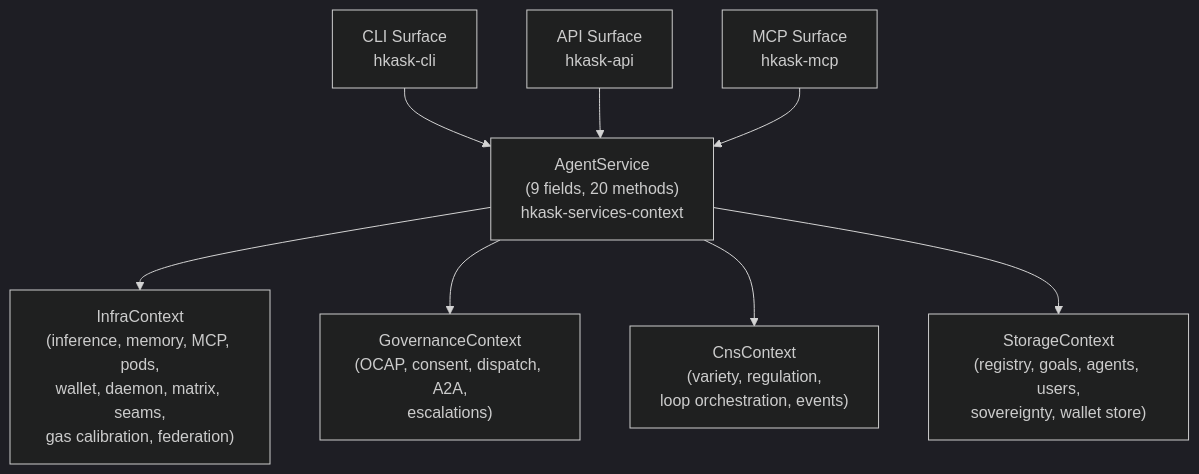
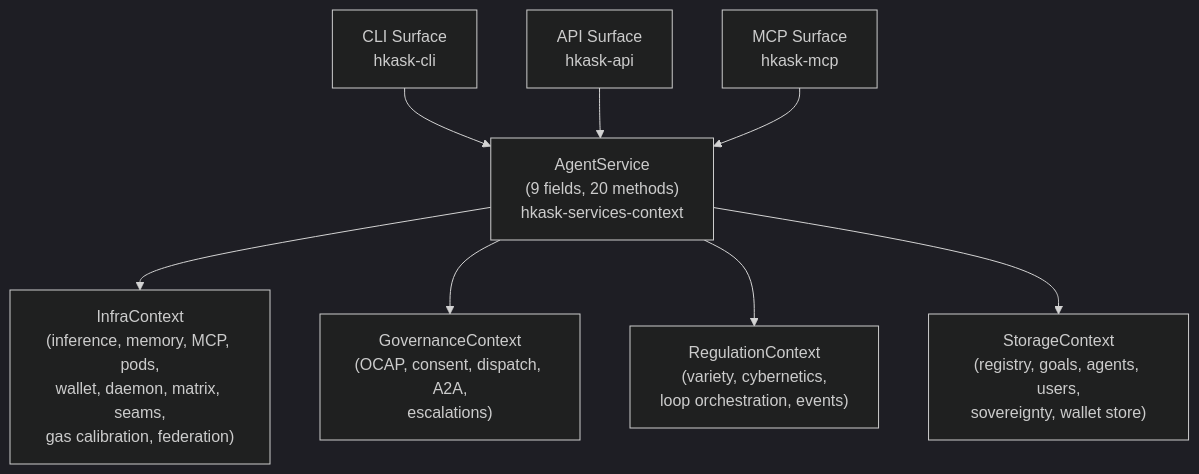
One commit to mdz-axo/hKask changed the sixth of 15 diagrams in docs/explanation/architecture-patterns.md. Above: the diagram before and after it, drawn with Mermaid (dark theme). The commit also changed other lines of this file and 47 other files, not shown here.

First line of the commit message:
Rename CNS namespace to Regulation

````diff
--- a/docs/explanation/architecture-patterns.md
+++ b/docs/explanation/architecture-patterns.md
@@ -575,15 +575,15 @@
 ```mermaid
 flowchart TD
     CLI["CLI Surface\nhkask-cli"]
     API["API Surface\nhkask-api"]
     MCP["MCP Surface\nhkask-mcp"]
 
     CLI --> AS["AgentService\n(9 fields, 20 methods)\nhkask-services-context"]
     API --> AS
     MCP --> AS
 
     AS --> INFRA["InfraContext\n(inference, memory, MCP, pods,\nwallet, daemon, matrix, seams,\ngas calibration, federation)"]
     AS --> GOV["GovernanceContext\n(OCAP, consent, dispatch, A2A,\nescalations)"]
-    AS --> CNS_CTX["CnsContext\n(variety, regulation,\nloop orchestration, events)"]
+    AS --> CNS_CTX["RegulationContext\n(variety, cybernetics,\nloop orchestration, events)"]
     AS --> STOR["StorageContext\n(registry, goals, agents, users,\nsovereignty, wallet store)"]
 ```
````
